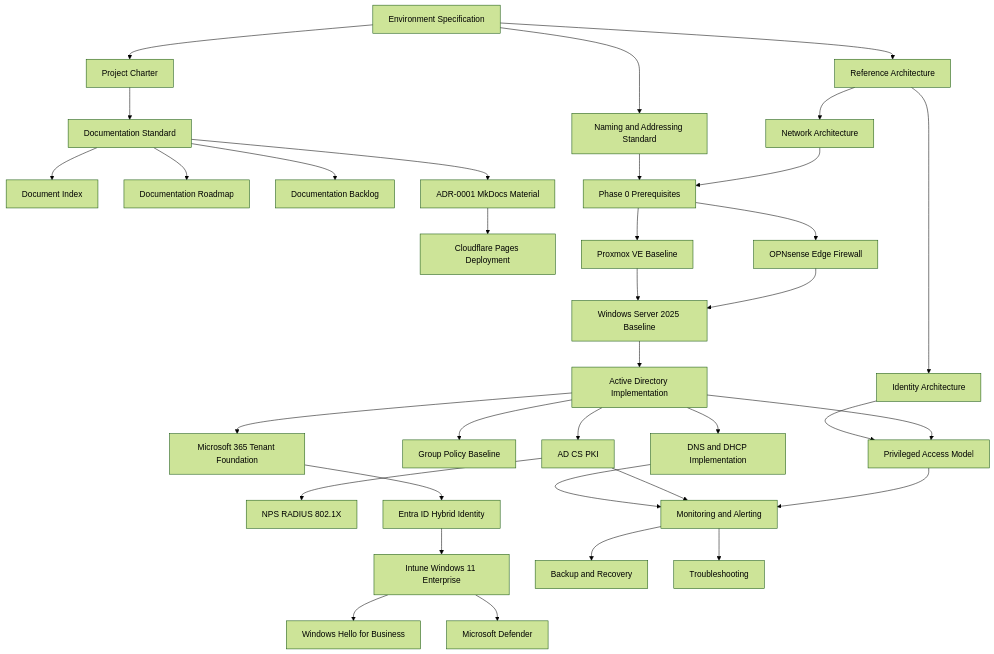
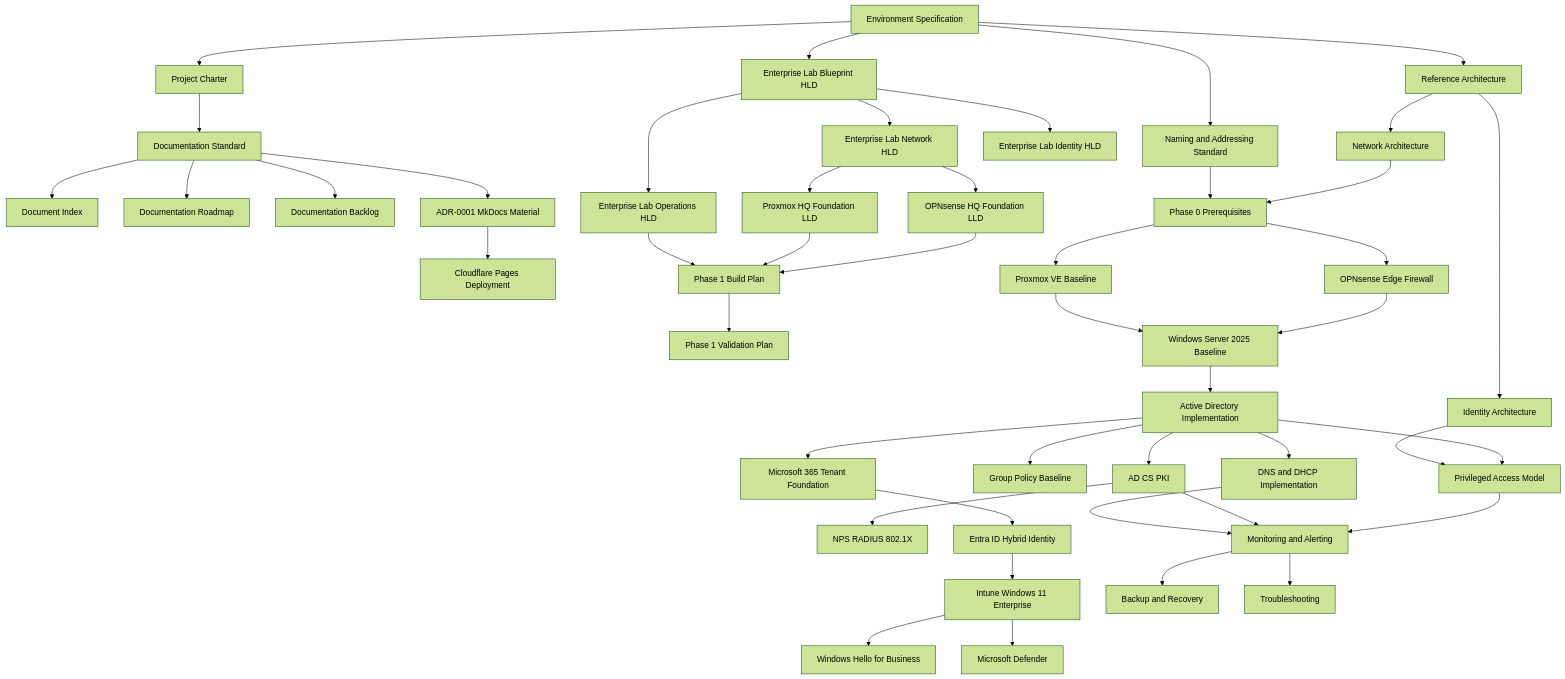
The third of 3 diagrams in docs/project/epic-release-architecture.md (gntech-dev/geil-enterprise-docs), drawn with Mermaid (forest theme) before and after one commit. The commit also changed other lines of this file and 12 other files, not shown here.

Commit message:
docs: add hq foundation lld build plan

```diff
--- a/docs/project/epic-release-architecture.md
+++ b/docs/project/epic-release-architecture.md
@@ -141,6 +142,14 @@
     NET[Network Architecture]
     IDARCH[Identity Architecture]
     P0[Phase 0 Prerequisites]
+    LAB[Enterprise Lab Blueprint HLD]
+    LABNET[Enterprise Lab Network HLD]
+    LABID[Enterprise Lab Identity HLD]
+    LABOPS[Enterprise Lab Operations HLD]
+    PVELLD[Proxmox HQ Foundation LLD]
+    OPNLLD[OPNsense HQ Foundation LLD]
+    BUILD[Phase 1 Build Plan]
+    VAL[Phase 1 Validation Plan]
     NAME[Naming and Addressing Standard]
     PVE[Proxmox VE Baseline]
     FW[OPNsense Edge Firewall]
@@ -160,6 +169,16 @@
     BACKUP[Backup and Recovery]
     TS[Troubleshooting]
 
+    ENV --> LAB
+    LAB --> LABNET
+    LAB --> LABID
+    LAB --> LABOPS
+    LABNET --> PVELLD
+    LABNET --> OPNLLD
+    LABOPS --> BUILD
+    PVELLD --> BUILD
+    OPNLLD --> BUILD
+    BUILD --> VAL
     ENV --> CHARTER
     CHARTER --> STD
     STD --> INDEX
```
